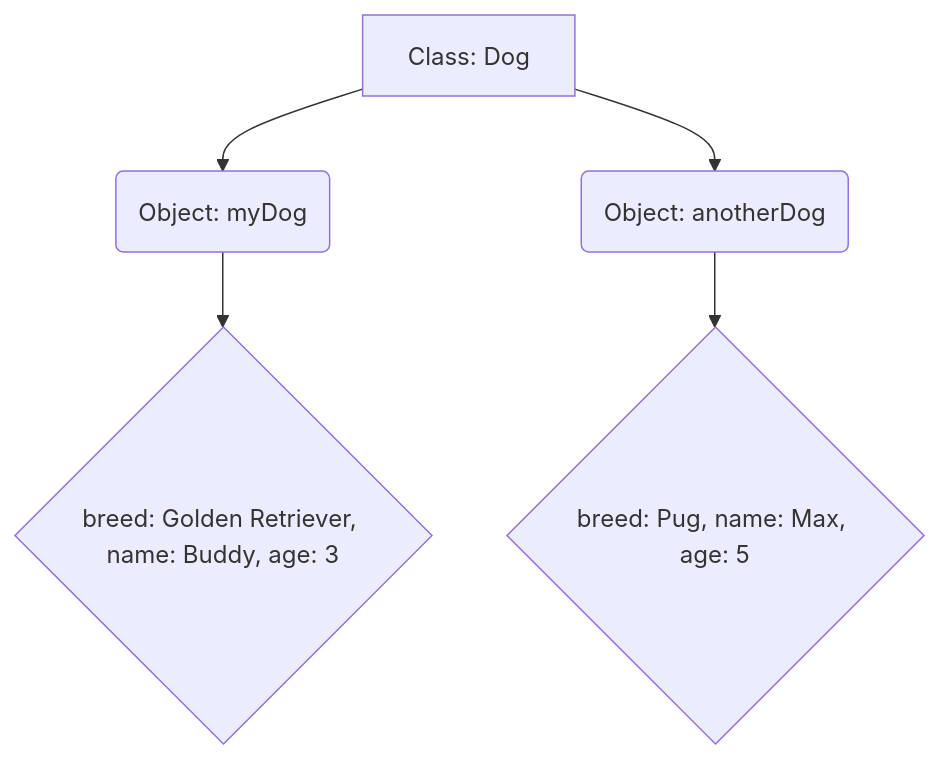
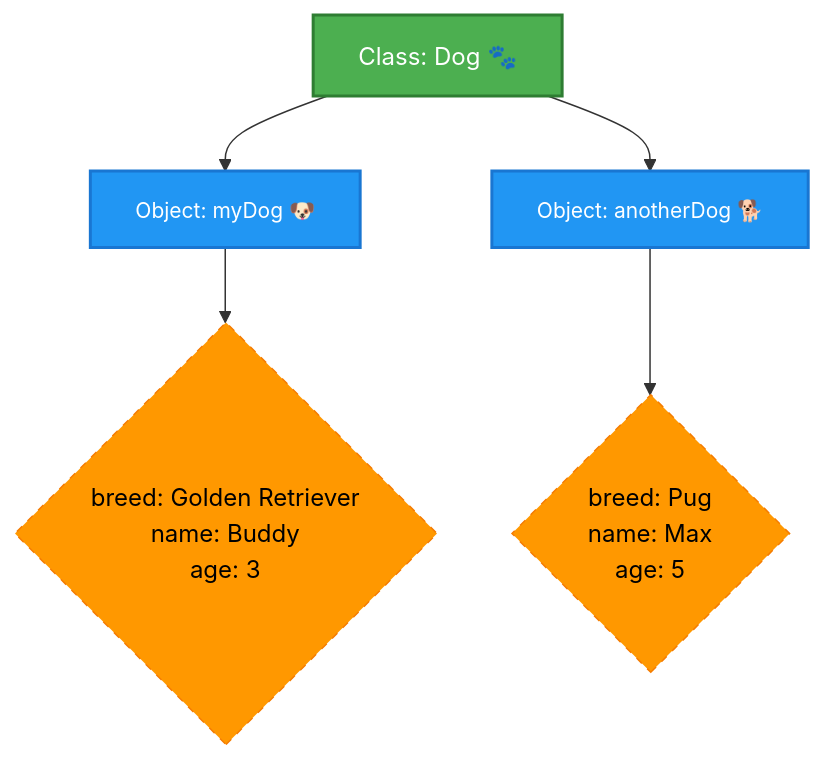
One commit to infoyouth/infoyouth.github.io changed the first of 6 diagrams in _posts/2024-12-19-09.-classes-of-java.md. Above: the diagram before and after it, drawn with Mermaid. The commit also changed other lines of this file and 1 other file, not shown here.

````diff
--- a/_posts/2024-12-19-09.-classes-of-java.md
+++ b/_posts/2024-12-19-09.-classes-of-java.md
@@ -90,7 +92,21 @@
 ```mermaid
 flowchart TD
-    A[Class: Dog] --> B(Object: myDog);
-    A --> C(Object: anotherDog);
-    B --> D{breed: Golden Retriever, name: Buddy, age: 3};
-    C --> E{breed: Pug, name: Max, age: 5};
+    %% Node Styles
+    classDef classNode fill:#4CAF50,stroke:#2E7D32,color:#FFFFFF,font-size:16px,stroke-width:2,rounded
+    classDef objectNode fill:#2196F3,stroke:#1976D2,color:#FFFFFF,font-size:14px,stroke-width:2,rounded
+    classDef attributeNode fill:#FF9800,stroke:#F57C00,color:#000000,font-size:16px,stroke-dasharray:5 5,rounded
+
+    %% Nodes
+    A[Class: Dog 🐾]:::classNode
+    B[Object: myDog 🐶]:::objectNode
+    C[Object: anotherDog 🐕]:::objectNode
+    D{breed: Golden Retriever<br>name: Buddy<br>age: 3}:::attributeNode
+    E{breed: Pug<br>name: Max<br>age: 5}:::attributeNode
+
+    %% Connections
+    A --> B
+    A --> C
+    B --> D
+    C --> E
+
 ```
````
